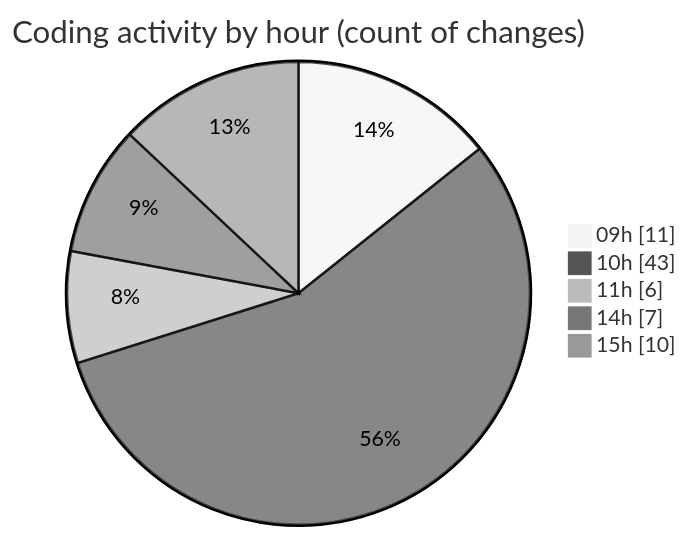
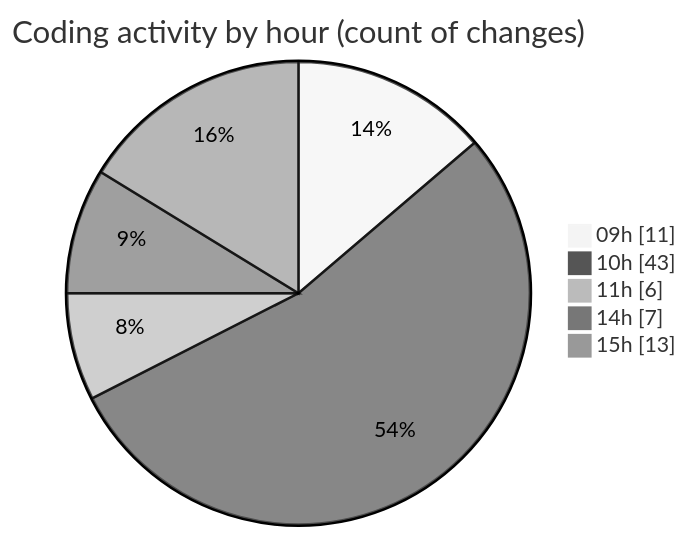
The second of 2 diagrams in 2025-05-27/ecodeli-1/README.md (CELIANVF/code-tracking), drawn with Mermaid (neutral theme) before and after one commit. The commit also changed other lines of this file and 1 other file, not shown here.

````diff
--- a/2025-05-27/ecodeli-1/README.md
+++ b/2025-05-27/ecodeli-1/README.md
@@ -53,9 +53,9 @@
 ```mermaid
 pie showData
 title Coding activity by hour (count of changes)
 "09h" : 11
 "10h" : 43
 "11h" : 6
 "14h" : 7
-"15h" : 10
+"15h" : 13
 ```
````
